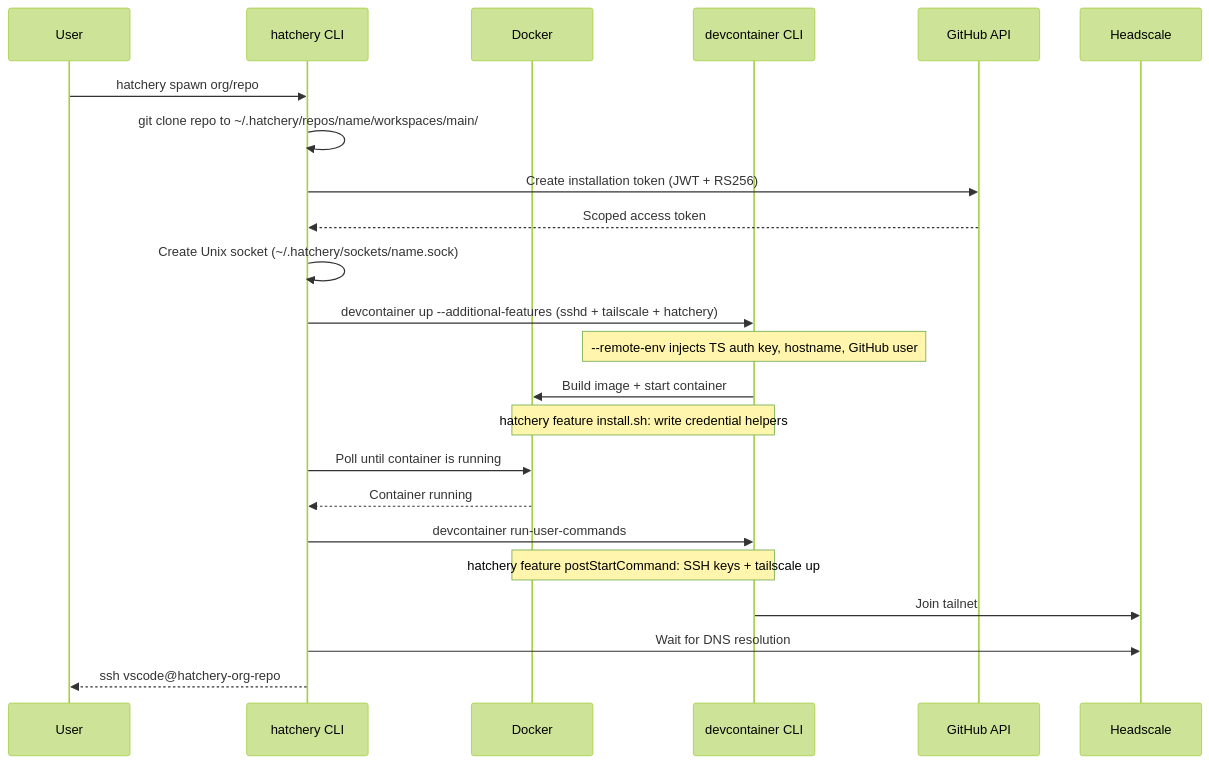
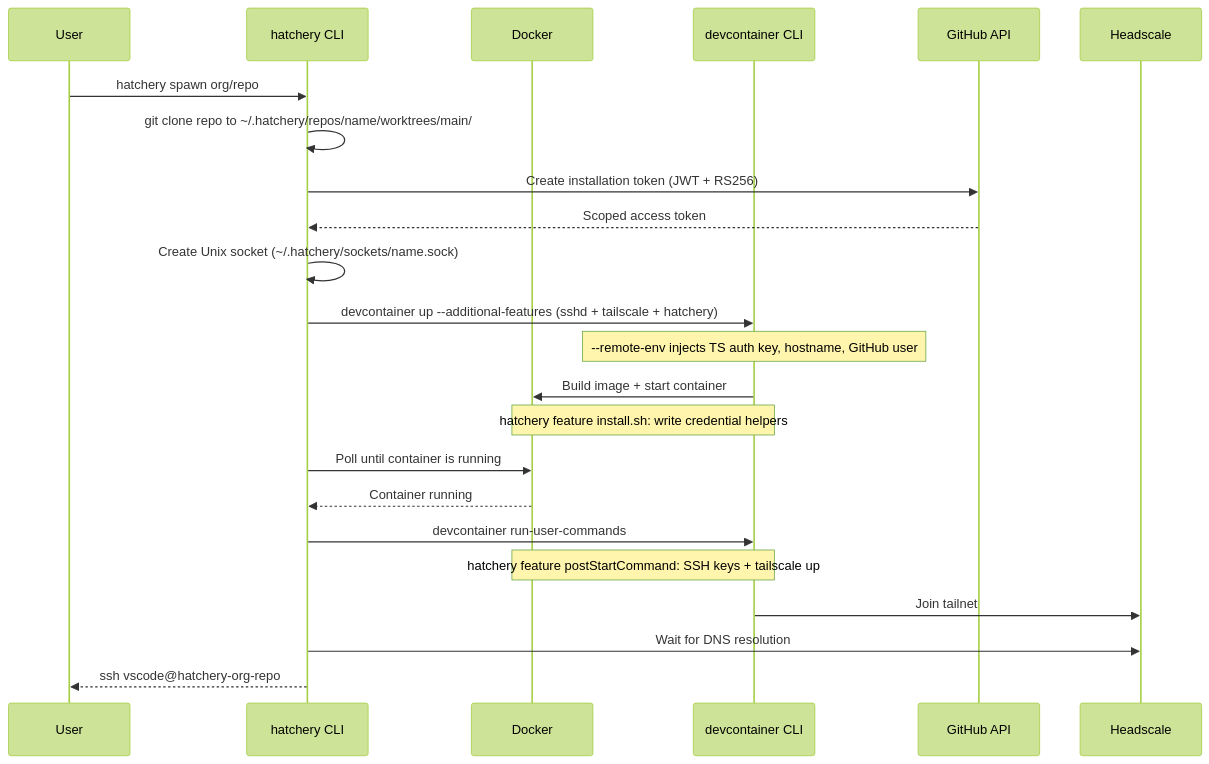
Before and after one commit to levino/hatchery: the first of 3 diagrams in README.md, drawn with Mermaid (forest theme). The commit also changed other lines of this file and 2 other files, not shown here.

First line of the commit message:
Fix workspace-folder pointing to worktrees parent instead of repo dir

````diff
--- a/README.md
+++ b/README.md
@@ -17,26 +17,26 @@
 ```mermaid
 sequenceDiagram
     participant User
     participant Hatchery as hatchery CLI
     participant Docker
     participant DC as devcontainer CLI
     participant GH as GitHub API
     participant HS as Headscale
 
     User->>Hatchery: hatchery spawn org/repo
-    Hatchery->>Hatchery: git clone repo to ~/.hatchery/repos/name/workspaces/main/
+    Hatchery->>Hatchery: git clone repo to ~/.hatchery/repos/name/worktrees/main/
     Hatchery->>GH: Create installation token (JWT + RS256)
     GH-->>Hatchery: Scoped access token
     Hatchery->>Hatchery: Create Unix socket (~/.hatchery/sockets/name.sock)
     Hatchery->>DC: devcontainer up --additional-features (sshd + tailscale + hatchery)
     Note over DC: --remote-env injects TS auth key, hostname, GitHub user
     DC->>Docker: Build image + start container
     Note over DC,Docker: hatchery feature install.sh: write credential helpers
     Hatchery->>Docker: Poll until container is running
     Docker-->>Hatchery: Container running
     Hatchery->>DC: devcontainer run-user-commands
     Note over DC,Docker: hatchery feature postStartCommand: SSH keys + tailscale up
     DC->>HS: Join tailnet
     Hatchery->>HS: Wait for DNS resolution
     Hatchery-->>User: ssh vscode@hatchery-org-repo
 ```
````
